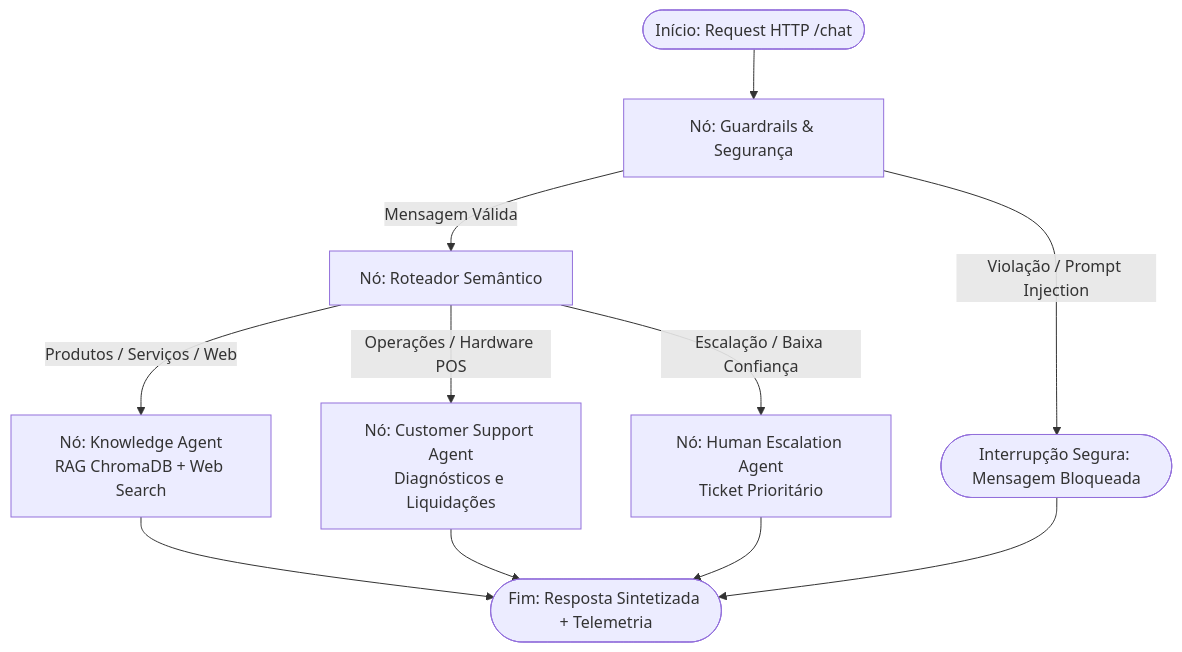
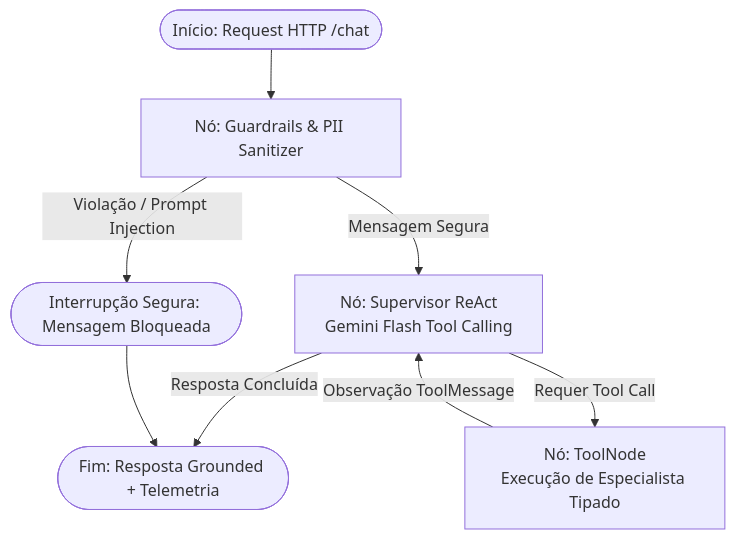
The diagram in README.md (Burbanos/getnet-multiagent-support), drawn with Mermaid before and after one commit. The commit also changed other lines of this file and 14 other files, not shown here.

Commit message:
feat: refactor architecture to LangGraph Supervisor ReAct with native Tool Calling, MemorySaver, ChromaDB threshold abstention, PII sanitization and SQLite tickets

````diff
--- a/README.md
+++ b/README.md
@@ -57,16 +83,13 @@
 ```mermaid
 flowchart TD
-    Start([Início: Request HTTP /chat]) --> GuardrailNode[Nó: Guardrails & Segurança]
+    Start([Início: Request HTTP /chat]) --> GuardrailNode[Nó: Guardrails & PII Sanitizer]
 
     GuardrailNode -->|Violação / Prompt Injection| SafeExit([Interrupção Segura: Mensagem Bloqueada])
-    GuardrailNode -->|Mensagem Válida| RouterNode[Nó: Roteador Semântico]
+    GuardrailNode -->|Mensagem Segura| SupervisorNode[Nó: Supervisor ReAct\nGemini Flash Tool Calling]
 
-    RouterNode -->|Produtos / Serviços / Web| KnowledgeNode[Nó: Knowledge Agent\nRAG ChromaDB + Web Search]
-    RouterNode -->|Operações / Hardware POS| SupportNode[Nó: Customer Support Agent\nDiagnósticos e Liquidações]
-    RouterNode -->|Escalação / Baixa Confiança| EscalationNode[Nó: Human Escalation Agent\nTicket Prioritário]
+    SupervisorNode -->|Requer Tool Call| ToolsNode[Nó: ToolNode\nExecução de Especialista Tipado]
+    ToolsNode -->|Observação ToolMessage| SupervisorNode
 
-    KnowledgeNode --> EndNode([Fim: Resposta Sintetizada + Telemetria])
-    SupportNode --> EndNode
-    EscalationNode --> EndNode
+    SupervisorNode -->|Resposta Concluída| EndNode([Fim: Resposta Grounded + Telemetria])
     SafeExit --> EndNode
 ```
````
